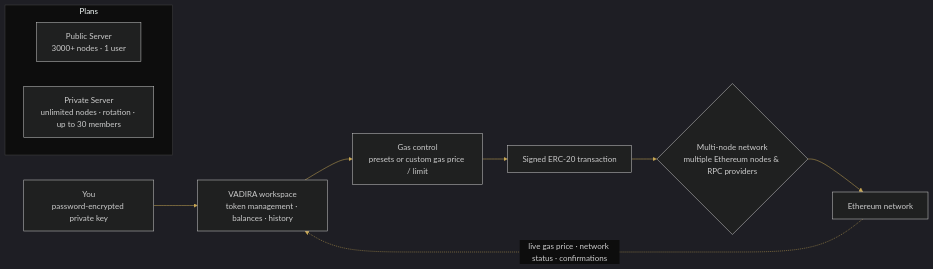
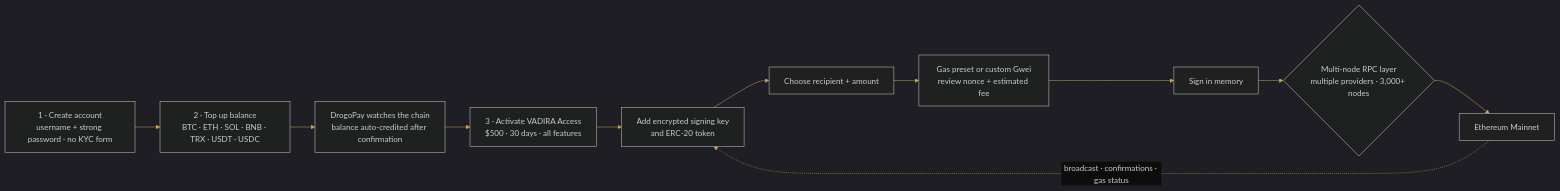
Before and after one commit to deepdrogo/vadira-net: the diagram in README.md, drawn with Mermaid. The commit also changed other lines of this file and 6 other files, not shown here.

````diff
--- a/README.md
+++ b/README.md
@@ -102,15 +126,14 @@
 ```mermaid
 %%{init: {'theme': 'dark', 'themeVariables': { 'primaryColor': '#1a1a1a', 'primaryTextColor': '#ffffff', 'primaryBorderColor': '#c9a855', 'lineColor': '#c9a855', 'secondaryColor': '#0d0d0d', 'tertiaryColor': '#0d0d0d', 'clusterBkg': '#0d0d0d', 'clusterBorder': '#404040', 'edgeLabelBackground': '#0d0d0d', 'fontFamily': 'Inter, Segoe UI, sans-serif' } } }%%
 flowchart LR
-    U["You<br/>password-encrypted private key"] --> V["VADIRA workspace<br/>token management · balances · history"]
-    V --> G["Gas control<br/>presets or custom gas price / limit"]
-    G --> T["Signed ERC-20 transaction"]
-    T --> N{"Multi-node network<br/>multiple Ethereum nodes & RPC providers"}
-    N --> E["Ethereum network"]
-    E -. "live gas price · network status · confirmations" .-> V
-    subgraph Plans["Plans"]
-        direction LR
-        P1["Public Server<br/>3000+ nodes · 1 user"] 
-        P2["Private Server<br/>unlimited nodes · rotation · up to 30 members"]
-    end
+    A["1 · Create account<br/>username + strong password · no KYC form"] --> B["2 · Top up balance<br/>BTC · ETH · SOL · BNB · TRX · USDT · USDC"]
+    B --> C["DrogoPay watches the chain<br/>balance auto-credited after confirmation"]
+    C --> D["3 · Activate VADIRA Access<br/>$500 · 30 days · all features"]
+    D --> E["Add encrypted signing key<br/>and ERC-20 token"]
+    E --> F["Choose recipient + amount"]
+    F --> G["Gas preset or custom Gwei<br/>review nonce + estimated fee"]
+    G --> H["Sign in memory"]
+    H --> I{"Multi-node RPC layer<br/>multiple providers · 3,000+ nodes"}
+    I --> J["Ethereum Mainnet"]
+    J -. "broadcast · confirmations · gas status" .-> E
 ```
````
